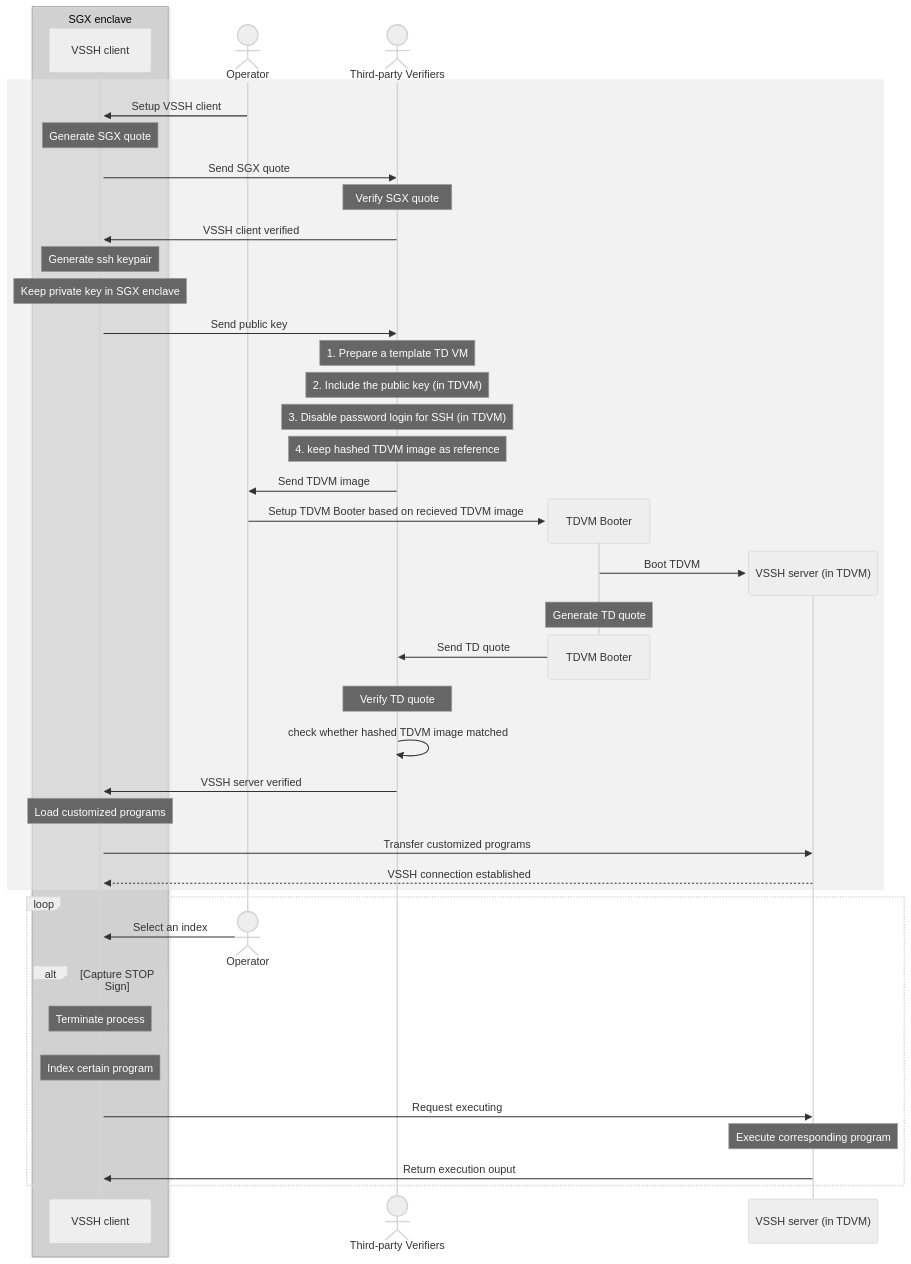
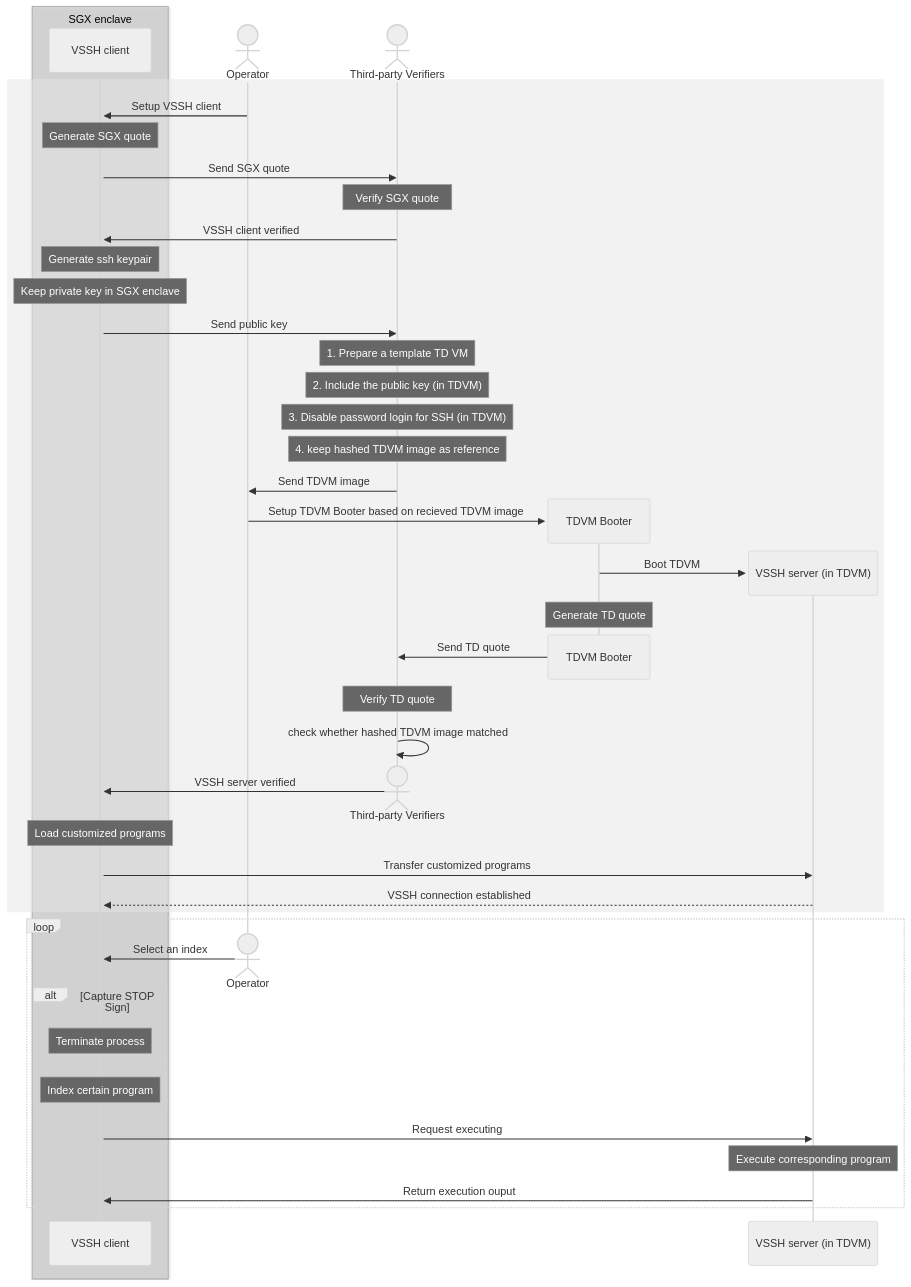
The diagram in README.md (elvis77-op/Verifiable_SSH), drawn with Mermaid (neutral theme) before and after one commit.

````diff
--- a/README.md
+++ b/README.md
@@ -16,53 +16,54 @@
 ```mermaid
 sequenceDiagram
     box rgb(200,200,200,0.5) SGX enclave
         participant VSSH as VSSH client
     end
     actor ADMIN as Operator
     actor VF as Third-party Verifiers
 
     rect rgb(230,230,230,0.5)
         ADMIN->>+VSSH: Setup VSSH client
         Note over VSSH: Generate SGX quote
         VSSH->>VF: Send SGX quote
         Note over VF: Verify SGX quote
         VF->>VSSH: VSSH client verified
         Note over VSSH: Generate ssh keypair
         Note over VSSH: Keep private key in SGX enclave
         VSSH->>VF: Send public key
         Note over VF: 1. Prepare a template TD VM
         Note over VF: 2. Include the public key (in TDVM)
         Note over VF: 3. Disable password login for SSH (in TDVM)
         Note over VF: 4. keep hashed TDVM image as reference
         VF->>ADMIN: Send TDVM image 
         create participant BOOT as TDVM Booter
         ADMIN->>BOOT: Setup TDVM Booter based on recieved TDVM image
         create participant TDVM as VSSH server (in TDVM)
         BOOT->>TDVM: Boot TDVM
         Note over BOOT: Generate TD quote
         destroy BOOT
         BOOT->>VF: Send TD quote
         Note over VF: Verify TD quote 
         VF->>VF: check whether hashed TDVM image matched
+        destroy VF
         VF->>VSSH: VSSH server verified
         Note over VSSH: Load customized programs
         VSSH->>TDVM: Transfer customized programs
         TDVM-->>VSSH: VSSH connection established
     end 
 
     
     loop 
         destroy ADMIN
         ADMIN->>VSSH: Select an index
         alt Capture STOP Sign
         Note over VSSH: Terminate process
         else
         Note over VSSH: Index certain program
         end
         VSSH->>TDVM: Request executing
         Note over TDVM: Execute corresponding program
         TDVM->>VSSH: Return execution ouput
 
     end
     
 ```
````
